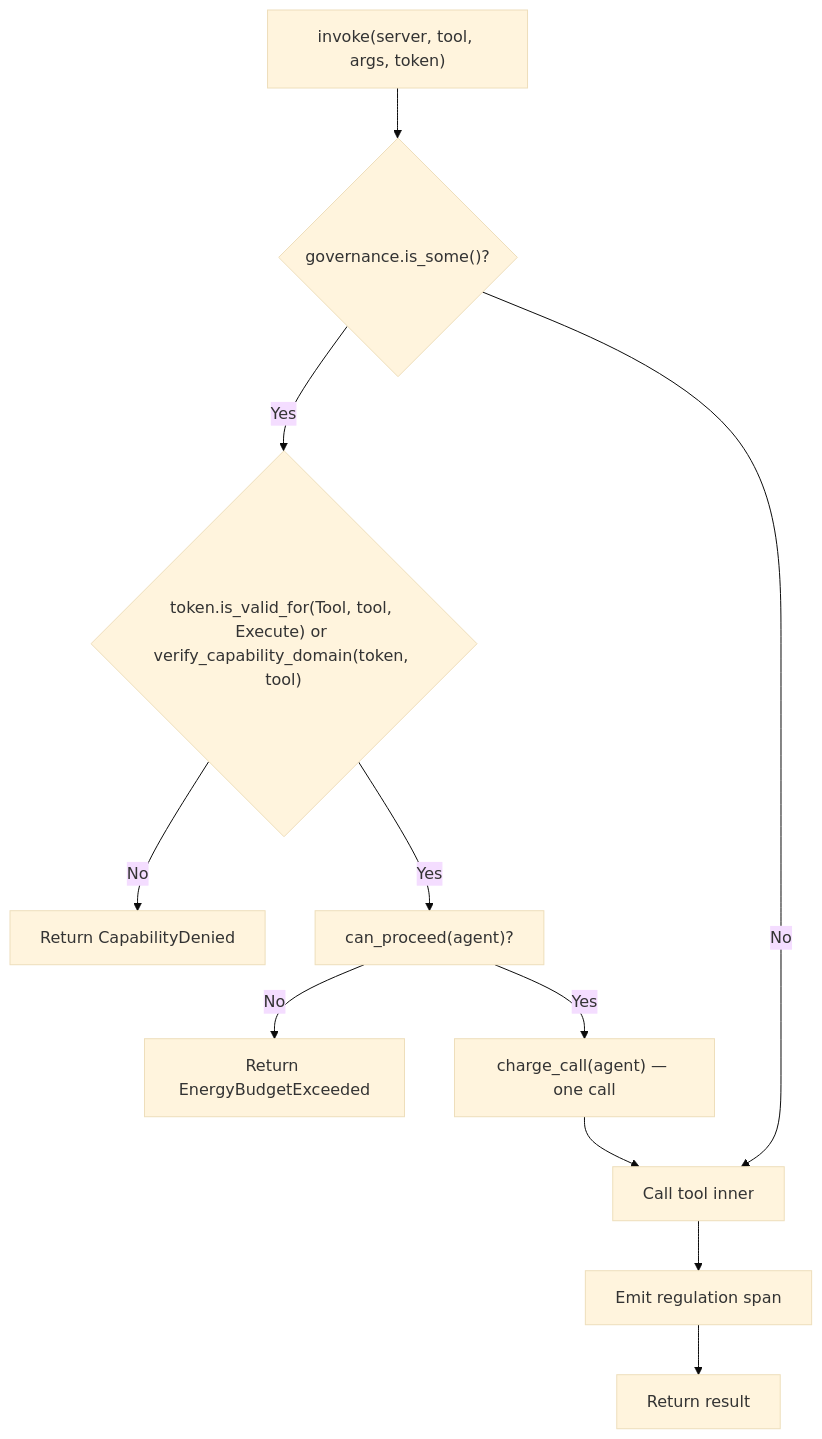
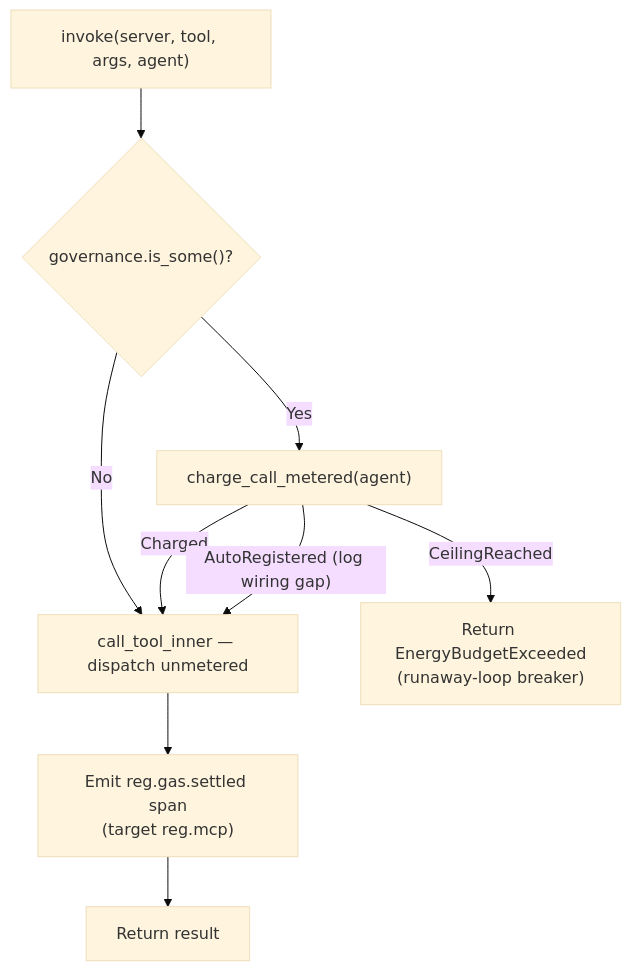
Before and after one commit to mdz-axo/zed-kask: the diagram in kask/docs/diagrams/flowchart-mcp-runtime-invoke.md, drawn with Mermaid (base theme). The commit also changed other lines of this file and 19 other files, not shown here.

First line of the commit message:
Recover panels from MCP server restarts

````diff
--- a/kask/docs/diagrams/flowchart-mcp-runtime-invoke.md
+++ b/kask/docs/diagrams/flowchart-mcp-runtime-invoke.md
@@ -15,13 +19,11 @@
 ```mermaid
 flowchart TD
-    A["invoke(server, tool, args, token)"] --> B{"governance.is_some()?"}
-    B -- "Yes" --> C{"token.is_valid_for(Tool, tool, Execute) or verify_capability_domain(token, tool)"}
-    C -- "No" --> D["Return CapabilityDenied"]
-    C -- "Yes" --> E["can_proceed(agent)?"]
-    E -- "No" --> K["Return EnergyBudgetExceeded"]
-    E -- "Yes" --> F["charge_call(agent) — one call"]
-    F --> G["Call tool inner"]
-    G --> I["Emit regulation span"]
+    A["invoke(server, tool, args, agent)"] --> B{"governance.is_some()?"}
+    B -- "No" --> G["call_tool_inner — dispatch unmetered"]
+    B -- "Yes" --> C["charge_call_metered(agent)"]
+    C -- "Charged" --> G
+    C -- "AutoRegistered (log wiring gap)" --> G
+    C -- "CeilingReached" --> K["Return EnergyBudgetExceeded<br/>(runaway-loop breaker)"]
+    G --> I["Emit reg.gas.settled span<br/>(target reg.mcp)"]
     I --> J["Return result"]
-    B -- "No" --> G
 ```
````
